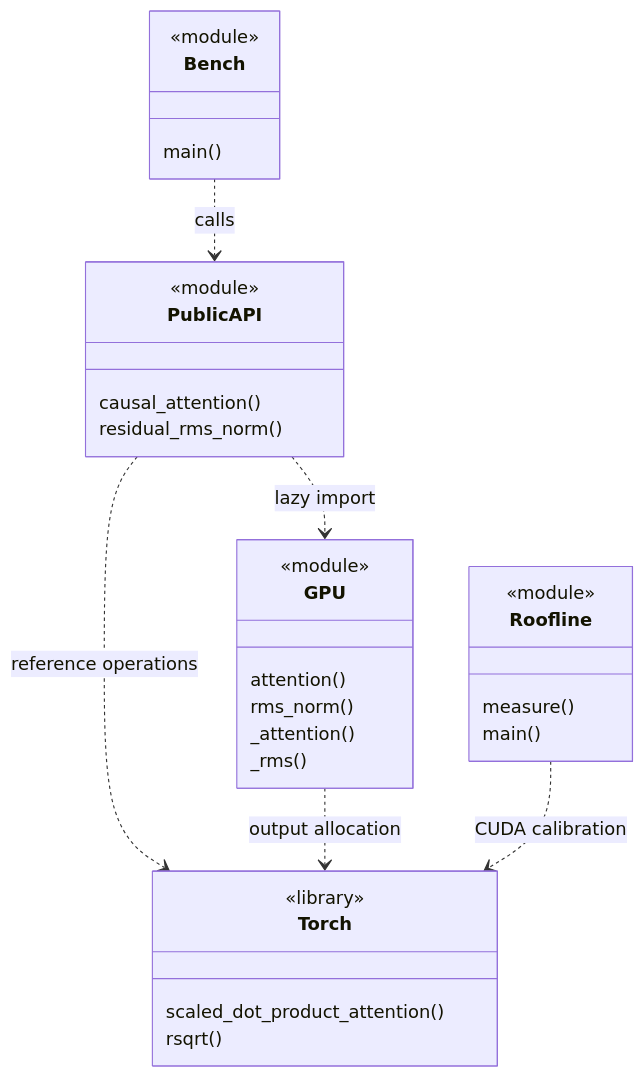
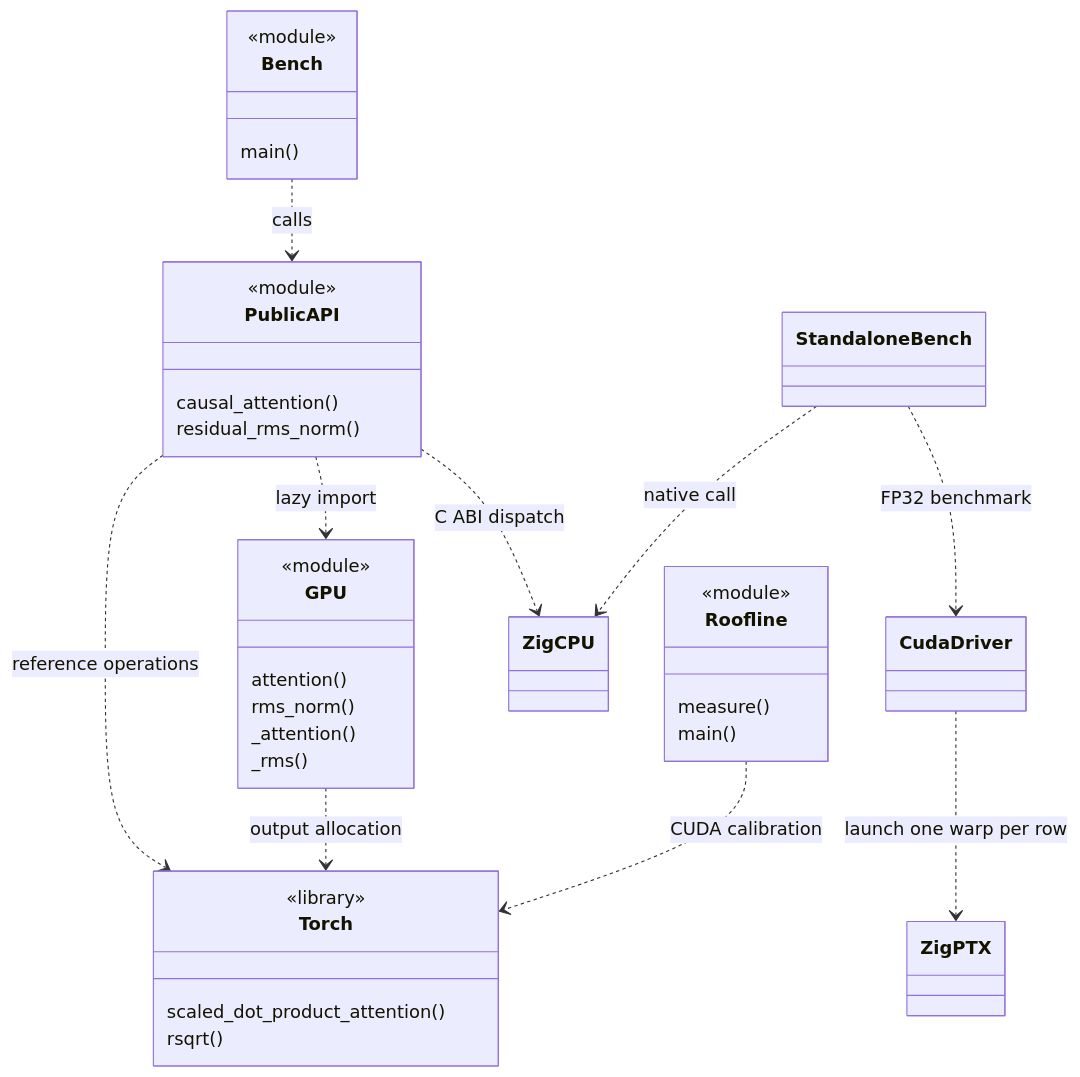
The first of 2 diagrams in docs/system-design.md (asigdel29/triton-kernel-optimizer), drawn with Mermaid before and after one commit. The commit also changed other lines of this file and 24 other files, not shown here.

Commit message:
Implement fused inference kernels and a standalone CUDA launcher in Zig

````diff
--- a/docs/system-design.md
+++ b/docs/system-design.md
@@ -9,34 +9,38 @@
 ```mermaid
 classDiagram
     class Bench {
         <<module>>
         main()
     }
     class PublicAPI {
         <<module>>
         causal_attention()
         residual_rms_norm()
     }
     class GPU {
         <<module>>
         attention()
         rms_norm()
         _attention()
         _rms()
     }
     class Torch {
         <<library>>
         scaled_dot_product_attention()
         rsqrt()
     }
     class Roofline {
         <<module>>
         measure()
         main()
     }
     Bench ..> PublicAPI : calls
+    PublicAPI ..> ZigCPU : C ABI dispatch
+    StandaloneBench ..> ZigCPU : native call
+    StandaloneBench ..> CudaDriver : FP32 benchmark
+    CudaDriver ..> ZigPTX : launch one warp per row
     PublicAPI ..> GPU : lazy import
     PublicAPI ..> Torch : reference operations
     GPU ..> Torch : output allocation
     Roofline ..> Torch : CUDA calibration
 ```
````
